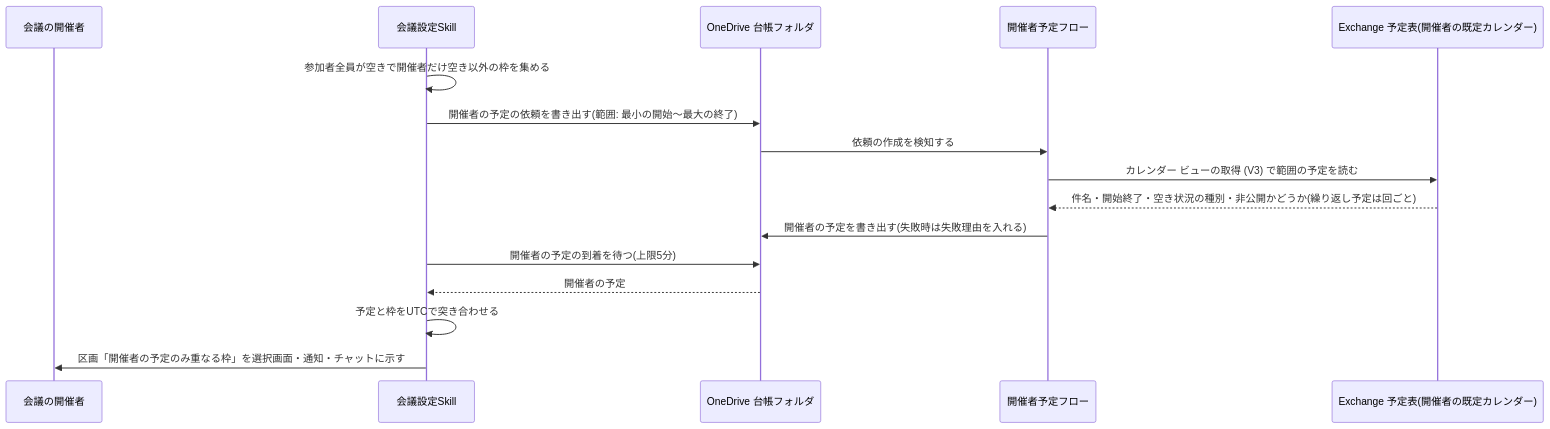
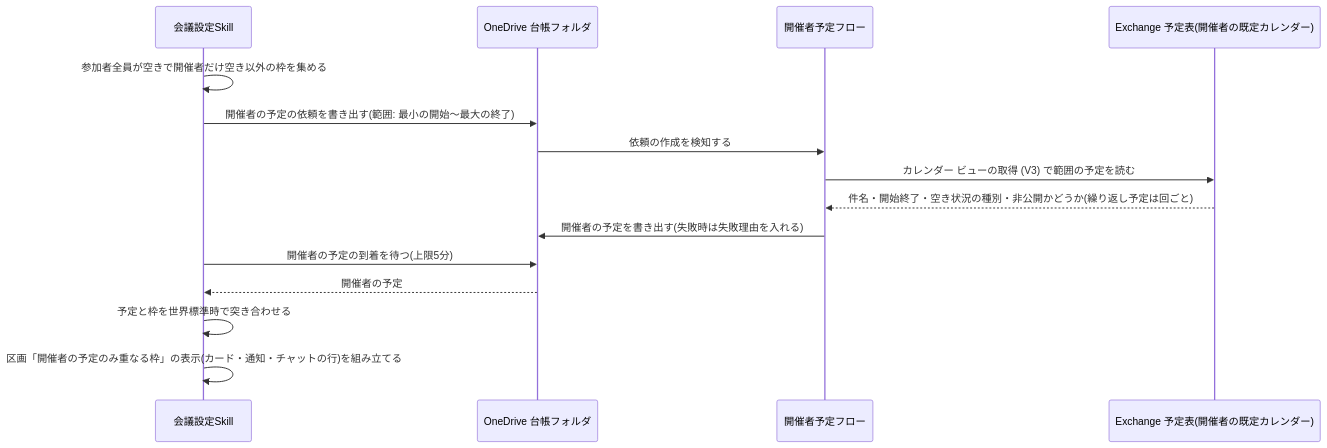
One commit to dnode-ryosuke-yamazaki/study changed the fourth of 12 diagrams in apps/meeting-setup-automation/specs/meeting-scheduling/design.md. Above: the diagram before and after it, drawn with Mermaid. The commit also changed other lines of this file and 4 other files, not shown here.

First line of the commit message:
docs(meeting-setup-automation): 開催者の予定のみ重なる枠の仕様レビュー指摘を反映し、architecture.md を層分けの新形式にする

````diff
--- a/apps/meeting-setup-automation/specs/meeting-scheduling/design.md
+++ b/apps/meeting-setup-automation/specs/meeting-scheduling/design.md
@@ -151,19 +163,18 @@
 ```mermaid
 sequenceDiagram
-    participant O as 会議の開催者
     participant S as 会議設定Skill
     participant D as OneDrive 台帳フォルダ
     participant F3 as 開催者予定フロー
     participant C as Exchange 予定表(開催者の既定カレンダー)
 
     S->>S: 参加者全員が空きで開催者だけ空き以外の枠を集める
     S->>D: 開催者の予定の依頼を書き出す(範囲: 最小の開始〜最大の終了)
     D->>F3: 依頼の作成を検知する
     F3->>C: カレンダー ビューの取得 (V3) で範囲の予定を読む
     C-->>F3: 件名・開始終了・空き状況の種別・非公開かどうか(繰り返し予定は回ごと)
     F3->>D: 開催者の予定を書き出す(失敗時は失敗理由を入れる)
     S->>D: 開催者の予定の到着を待つ(上限5分)
     D-->>S: 開催者の予定
-    S->>S: 予定と枠をUTCで突き合わせる
-    S->>O: 区画「開催者の予定のみ重なる枠」を選択画面・通知・チャットに示す
+    S->>S: 予定と枠を世界標準時で突き合わせる
+    S->>S: 区画「開催者の予定のみ重なる枠」の表示(カード・通知・チャットの行)を組み立てる
 ```
````
